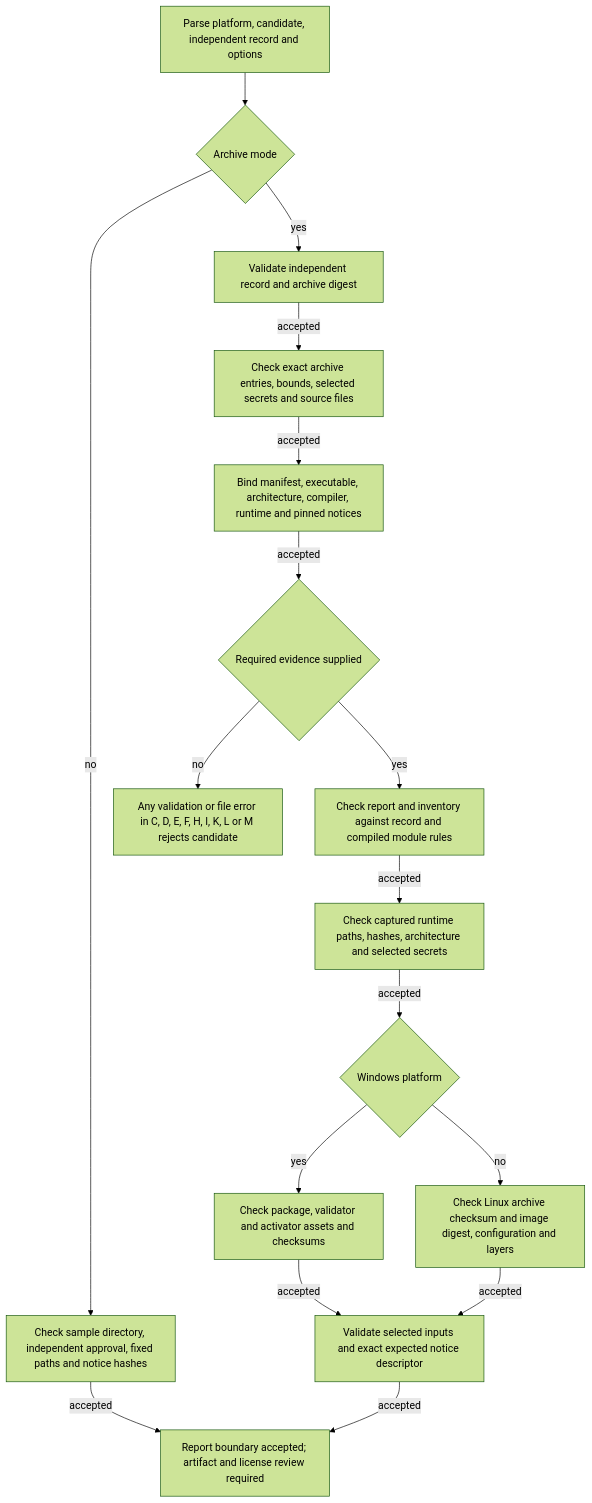
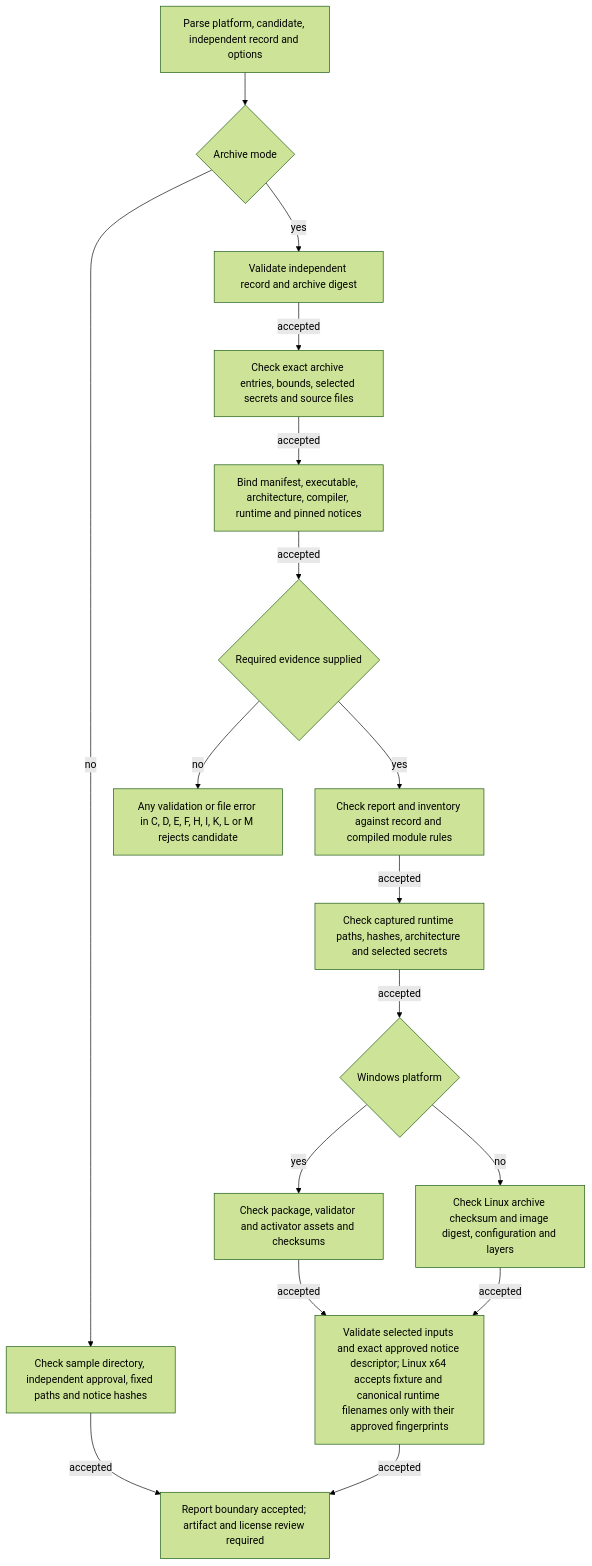
Before and after one commit to KarlSideProjects/hwmonitor-mqtt: the diagram in docs/flows/sender.release-inspection.mmd, drawn with Mermaid (forest theme). The commit also changed 17 other files, not shown here.

```diff
--- a/docs/flows/sender.release-inspection.mmd
+++ b/docs/flows/sender.release-inspection.mmd
@@ -1,32 +1,32 @@
 flowchart TD
     A["Parse platform, candidate, independent record and options"]
     B{"Archive mode"}
     C["Check sample directory, independent approval, fixed paths and notice hashes"]
     D["Validate independent record and archive digest"]
     E["Check exact archive entries, bounds, selected secrets and source files"]
     F["Bind manifest, executable, architecture, compiler, runtime and pinned notices"]
     G{"Required evidence supplied"}
     H["Check report and inventory against record and compiled module rules"]
     I["Check captured runtime paths, hashes, architecture and selected secrets"]
     J{"Windows platform"}
     K["Check package, validator and activator assets and checksums"]
     L["Check Linux archive checksum and image digest, configuration and layers"]
-    M["Validate selected inputs and exact expected notice descriptor"]
+    M["Validate selected inputs and exact approved notice descriptor; Linux x64 accepts fixture and canonical runtime filenames only with their approved fingerprints"]
     N["Report boundary accepted; artifact and license review required"]
     O["Any validation or file error in C, D, E, F, H, I, K, L or M rejects candidate"]
     A --> B
     B -->|no| C
     C -->|accepted| N
     B -->|yes| D
     D -->|accepted| E
     E -->|accepted| F
     F -->|accepted| G
     G -->|no| O
     G -->|yes| H
     H -->|accepted| I
     I -->|accepted| J
     J -->|yes| K
     J -->|no| L
     K -->|accepted| M
     L -->|accepted| M
     M -->|accepted| N
```
